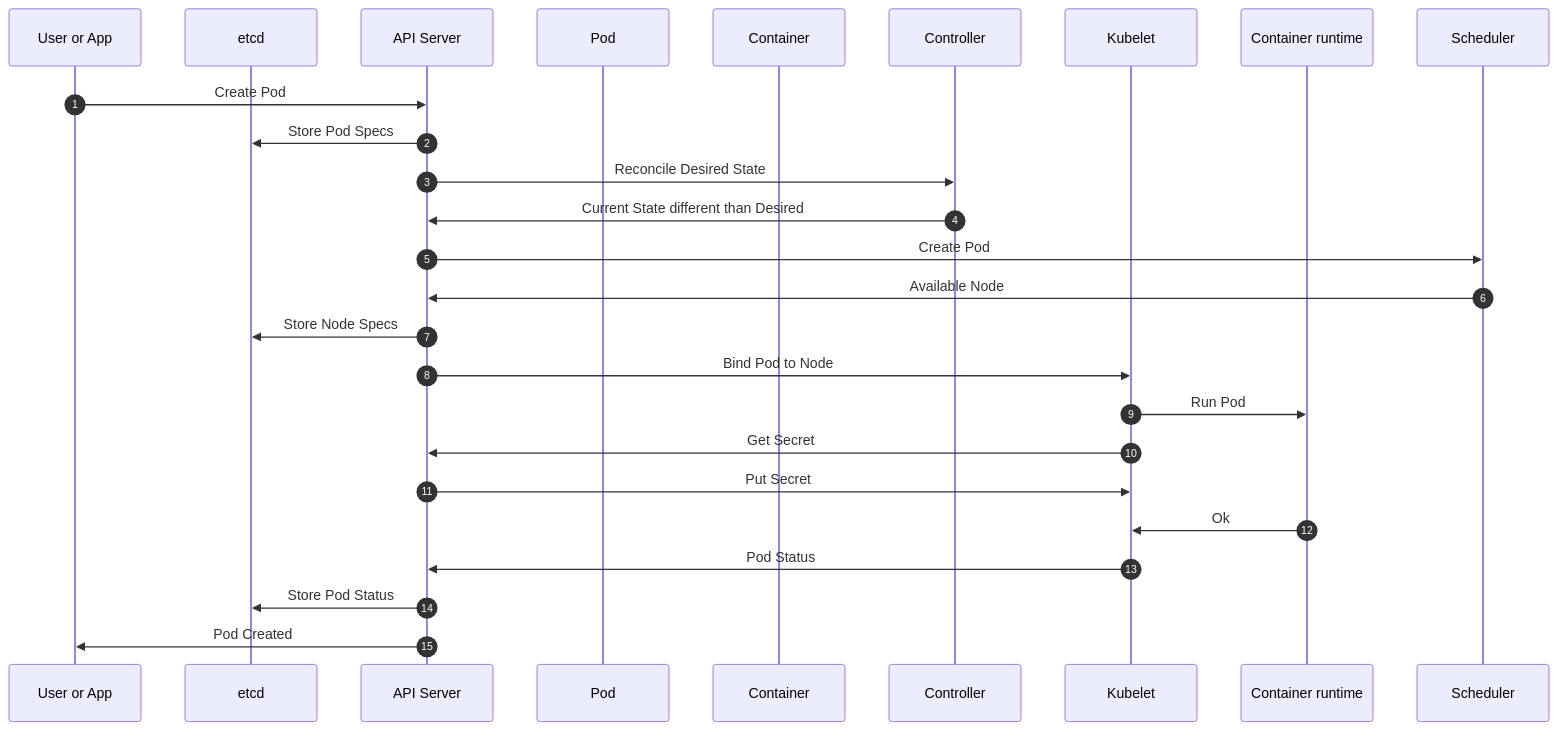
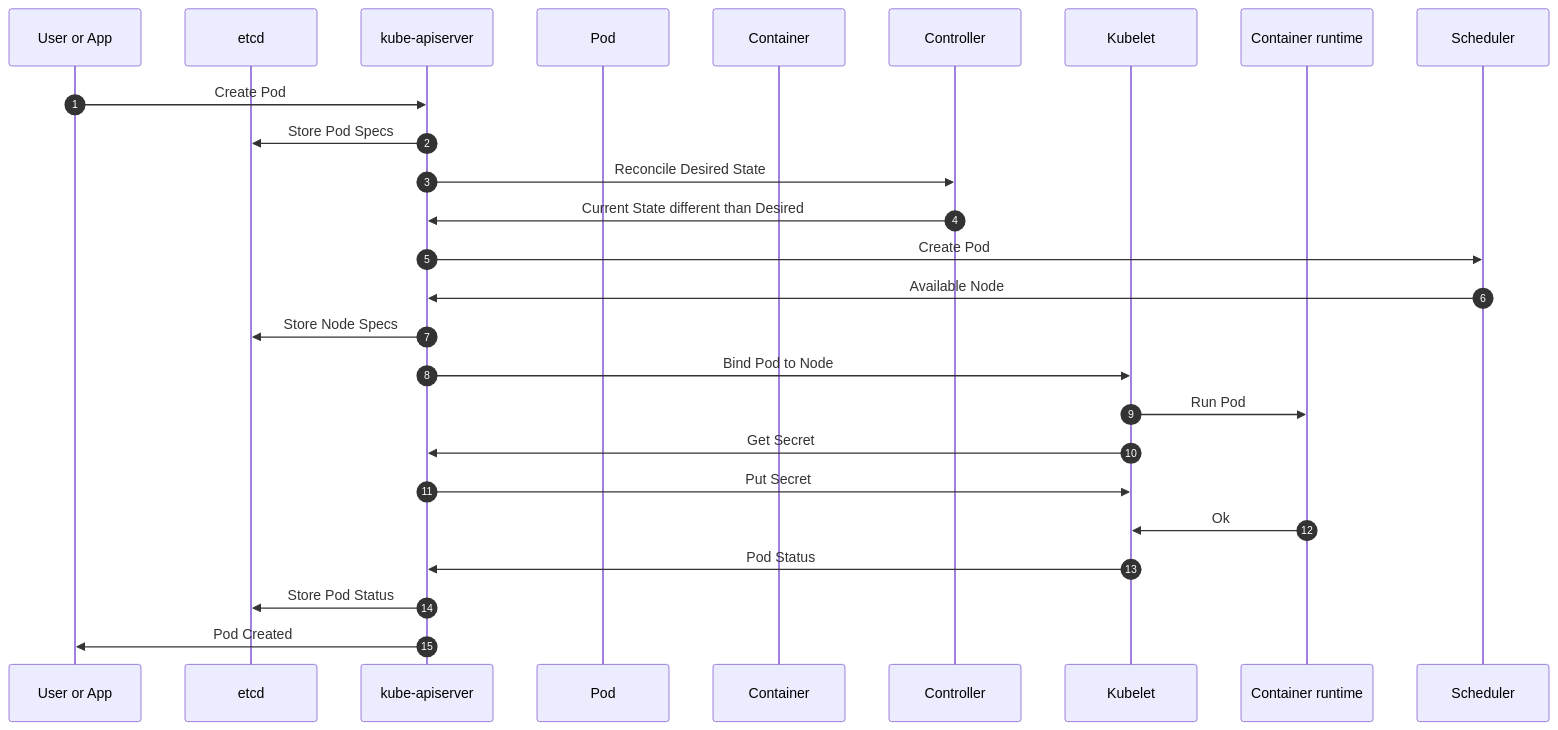
One commit to PacktPublishing/Kubernetes-Secrets-Handbook changed the second of 2 diagrams in ch01/example02/readme.md. Above: the diagram before and after it, drawn with Mermaid.

Commit message:
chapter 1 - example 2

````diff
--- a/ch01/example02/readme.md
+++ b/ch01/example02/readme.md
@@ -151,27 +151,27 @@
 ```mermaid
 sequenceDiagram
 participant User or App
 participant etcd
-participant API Server
+participant kube-apiserver
 participant Pod
 participant Container
 participant Controller
 participant Kubelet
 participant Container runtime
 autonumber
-  User or App->>API Server: Create Pod
-  API Server->>etcd: Store Pod Specs
-  API Server->>Controller: Reconcile Desired State
-  Controller->>API Server: Current State different than Desired
-  API Server->>Scheduler: Create Pod
-  Scheduler->>API Server: Available Node
-  API Server->>etcd: Store Node Specs
-  API Server->>Kubelet: Bind Pod to Node
+  User or App->>kube-apiserver: Create Pod
+  kube-apiserver->>etcd: Store Pod Specs
+  kube-apiserver->>Controller: Reconcile Desired State
+  Controller->>kube-apiserver: Current State different than Desired
+  kube-apiserver->>Scheduler: Create Pod
+  Scheduler->>kube-apiserver: Available Node
+  kube-apiserver->>etcd: Store Node Specs
+  kube-apiserver->>Kubelet: Bind Pod to Node
   Kubelet->>Container runtime: Run Pod
-  Kubelet->>API Server: Get Secret
-  API Server->>Kubelet: Put Secret
+  Kubelet->>kube-apiserver: Get Secret
+  kube-apiserver->>Kubelet: Put Secret
   Container runtime->>Kubelet: Ok
-  Kubelet->>API Server: Pod Status
-  API Server->>etcd: Store Pod Status
-  API Server->>User or App: Pod Created
+  Kubelet->>kube-apiserver: Pod Status
+  kube-apiserver->>etcd: Store Pod Status
+  kube-apiserver->>User or App: Pod Created
 ```
````
